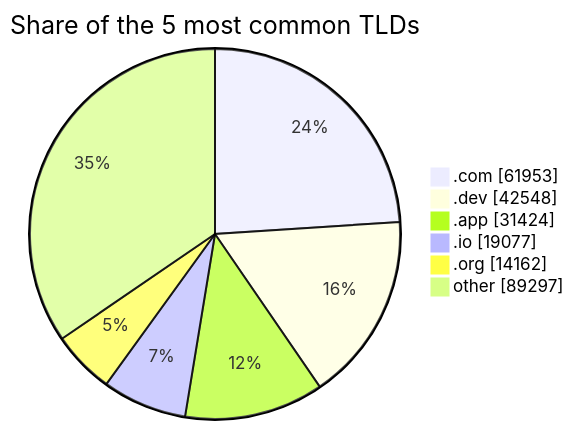
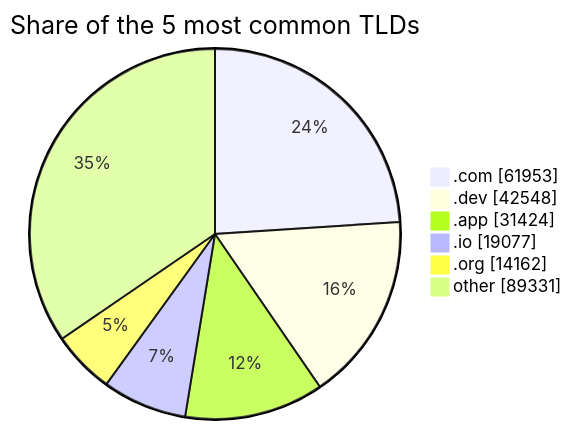
One commit to DNSBunker/CTI changed the second of 2 diagrams in README.md. Above: the diagram before and after it, drawn with Mermaid. The commit also changed other lines of this file and 3 other files, not shown here.

````diff
--- a/README.md
+++ b/README.md
@@ -72,9 +72,9 @@
 ```mermaid
 pie showData title Share of the 5 most common TLDs
     ".com" : 61953
     ".dev" : 42548
     ".app" : 31424
     ".io" : 19077
     ".org" : 14162
-    "other" : 89297
+    "other" : 89331
 ```
````
